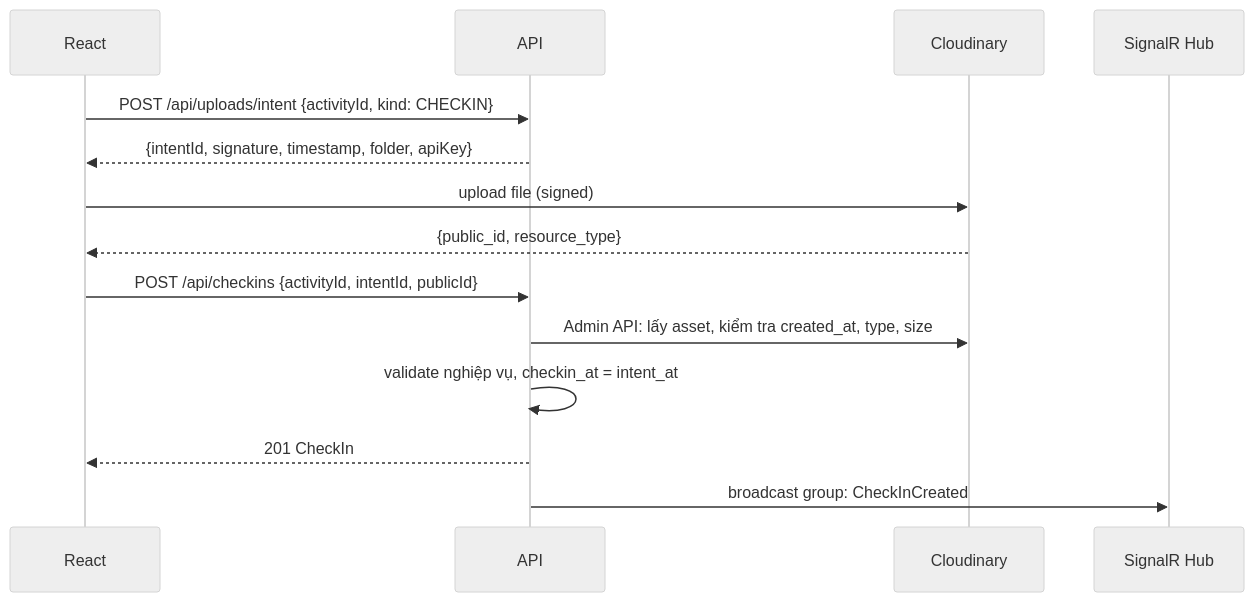
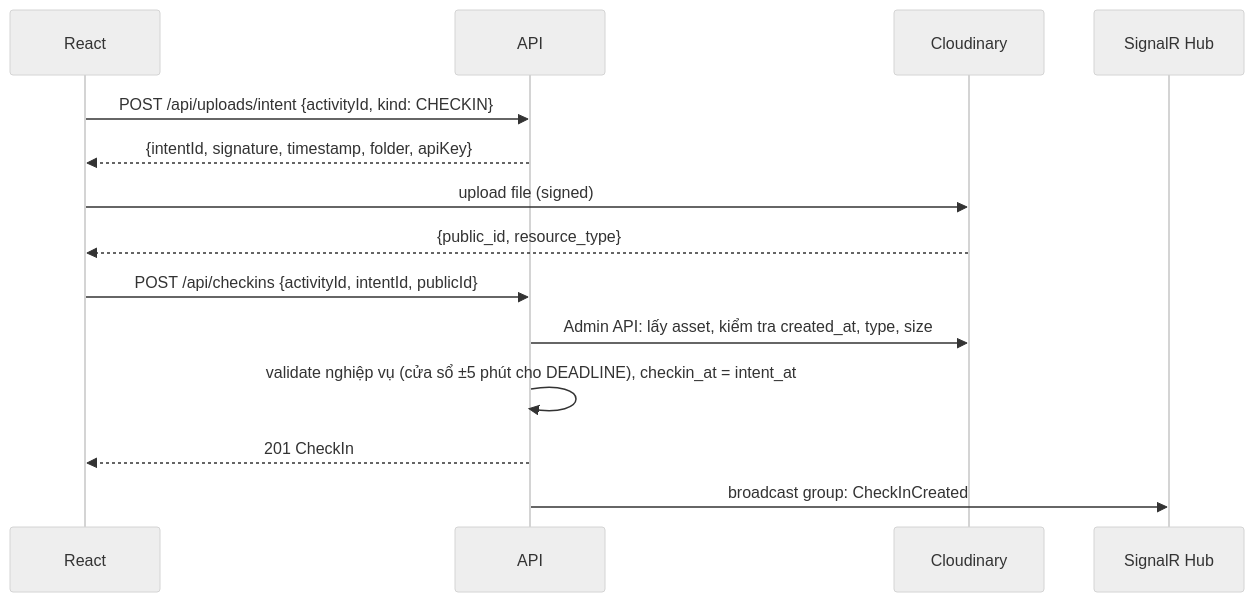
One commit to thinhchuht/HabitCheck changed the third of 4 diagrams in qwen.md. Above: the diagram before and after it, drawn with Mermaid (neutral theme). The commit also changed other lines of this file and 1 other file, not shown here.

Commit message:
docs: cập nhật thiết kế khớp logic hiện tại — check-in DEADLINE ±5 phút, bỏ bước duyệt bằng chứng, live board dạng phẳng

````diff
--- a/qwen.md
+++ b/qwen.md
@@ -129,16 +128,16 @@
 ```mermaid
 sequenceDiagram
     participant U as React
     participant API as API
     participant C as Cloudinary
     participant H as SignalR Hub
     U->>API: POST /api/uploads/intent {activityId, kind: CHECKIN}
     API-->>U: {intentId, signature, timestamp, folder, apiKey}
     U->>C: upload file (signed)
     C-->>U: {public_id, resource_type}
     U->>API: POST /api/checkins {activityId, intentId, publicId}
     API->>C: Admin API: lấy asset, kiểm tra created_at, type, size
-    API->>API: validate nghiệp vụ, checkin_at = intent_at
+    API->>API: validate nghiệp vụ (cửa sổ ±5 phút cho DEADLINE), checkin_at = intent_at
     API-->>U: 201 CheckIn
     API->>H: broadcast group: CheckInCreated
 ```
````
